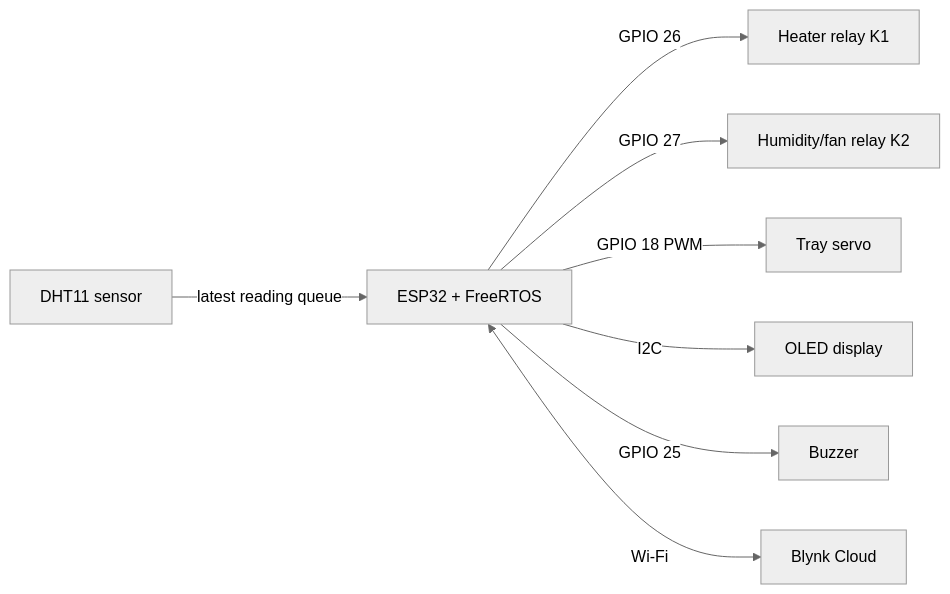
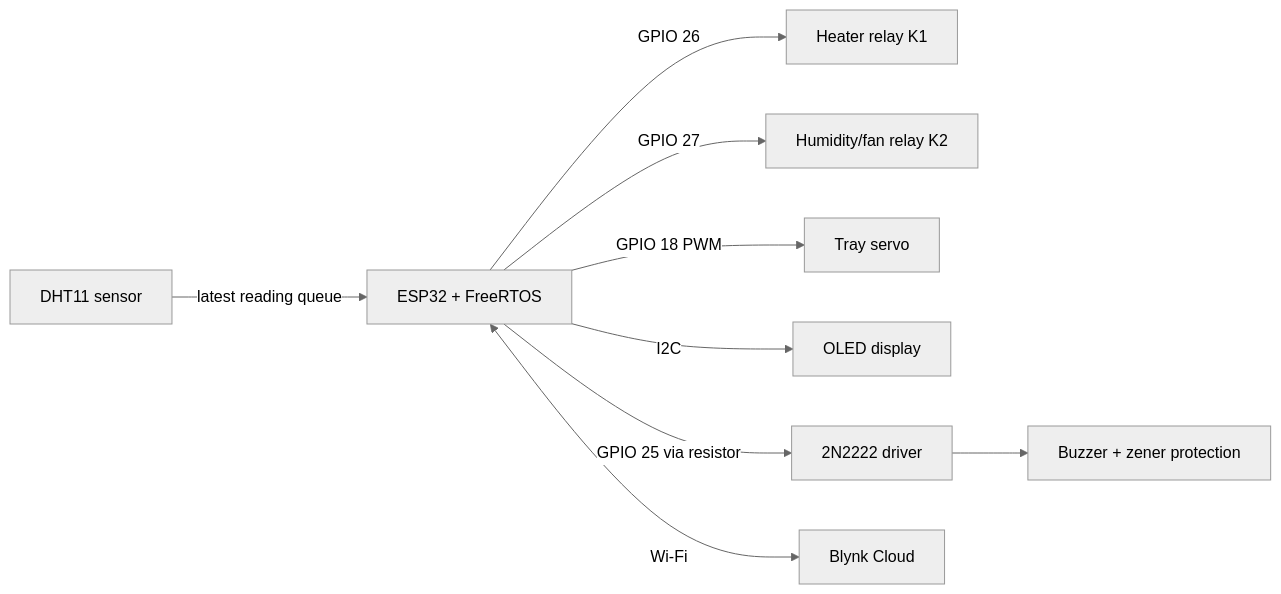
One commit to iAboud98/smart-egg-incubator changed the diagram in README.md. Above: the diagram before and after it, drawn with Mermaid (neutral theme). The commit also changed other lines of this file and 2 other files, not shown here.

Commit message:
Correct power and buzzer wiring documentation

````diff
--- a/README.md
+++ b/README.md
@@ -24,10 +24,11 @@
 ```mermaid
 flowchart LR
     DHT[DHT11 sensor] -->|latest reading queue| ESP[ESP32 + FreeRTOS]
     ESP -->|GPIO 26| HEAT[Heater relay K1]
     ESP -->|GPIO 27| HUM[Humidity/fan relay K2]
     ESP -->|GPIO 18 PWM| SERVO[Tray servo]
     ESP -->|I2C| OLED[OLED display]
-    ESP -->|GPIO 25| BUZZ[Buzzer]
+    ESP -->|GPIO 25 via resistor| DRIVER[2N2222 driver]
+    DRIVER --> BUZZ[Buzzer + zener protection]
     ESP <-->|Wi-Fi| BLYNK[Blynk Cloud]
 ```
````
